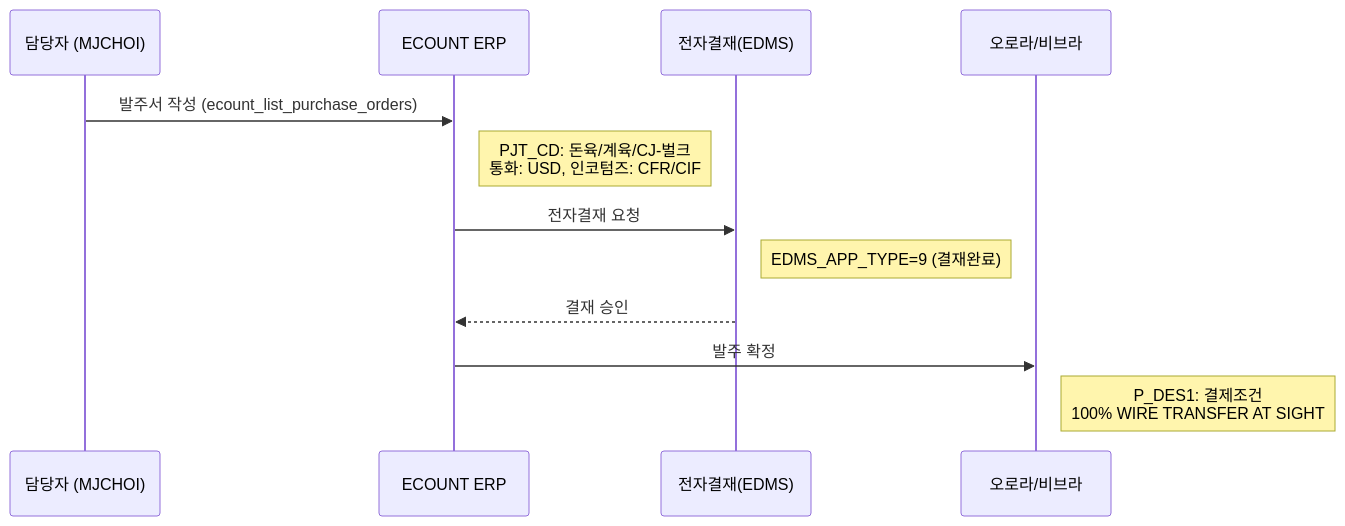
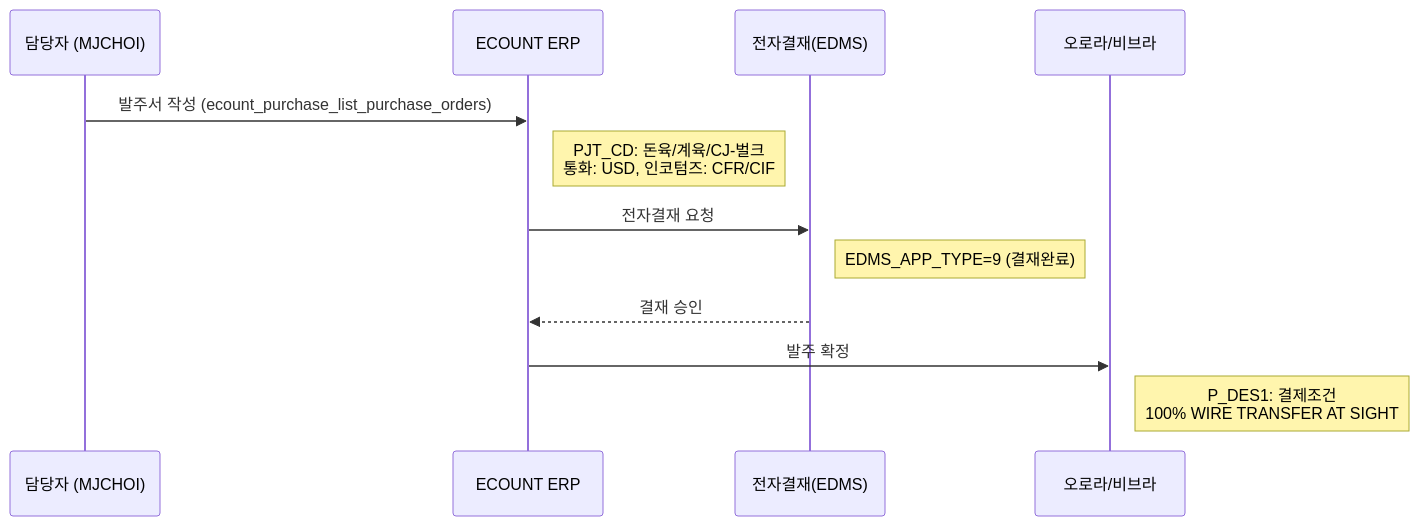
The second of 6 diagrams in docs/howto/03-business-workflow.md (hjsh200219/astrosECOUNT), drawn with Mermaid before and after one commit. The commit also changed other lines of this file and 68 other files, not shown here.

````diff
--- a/docs/howto/03-business-workflow.md
+++ b/docs/howto/03-business-workflow.md
@@ -69,15 +69,15 @@
 ```mermaid
 sequenceDiagram
     participant 담당자 as 담당자 (MJCHOI)
     participant ERP as ECOUNT ERP
     participant 결재 as 전자결재(EDMS)
     participant 공급사 as 오로라/비브라
 
-    담당자->>ERP: 발주서 작성 (ecount_list_purchase_orders)
+    담당자->>ERP: 발주서 작성 (ecount_purchase_list_purchase_orders)
     Note right of ERP: PJT_CD: 돈육/계육/CJ-벌크<br/>통화: USD, 인코텀즈: CFR/CIF
     ERP->>결재: 전자결재 요청
     Note right of 결재: EDMS_APP_TYPE=9 (결재완료)
     결재-->>ERP: 결재 승인
     ERP->>공급사: 발주 확정
     Note right of 공급사: P_DES1: 결제조건<br/>100% WIRE TRANSFER AT SIGHT
 ```
````
